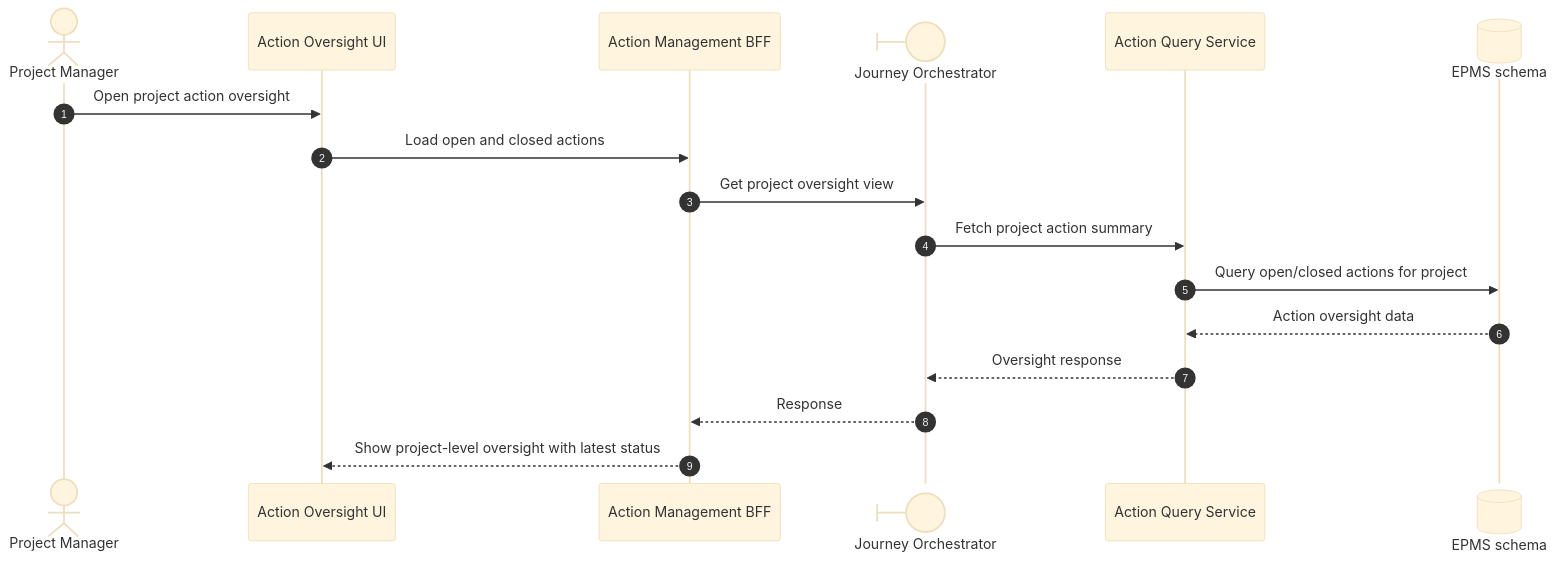
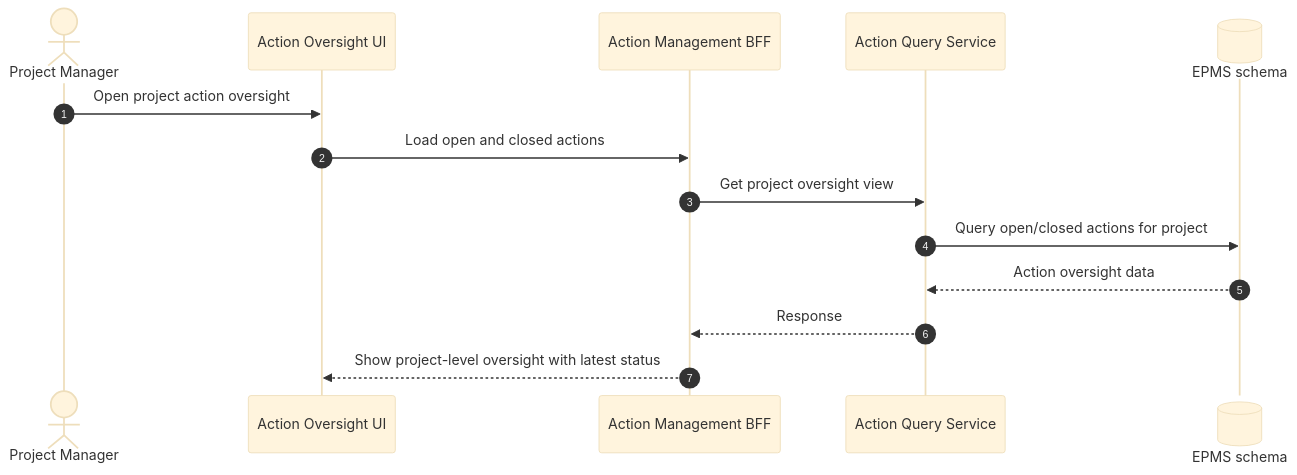
One commit to sougata2000/epms changed the diagram in 02 Solution Architecture/diagrams/Execution/View Project Level Action Oversight.mmd. Above: the diagram before and after it, drawn with Mermaid. The commit also changed 41 other files, not shown here.

```diff
--- a/02 Solution Architecture/diagrams/Execution/View Project Level Action Oversight.mmd
+++ b/02 Solution Architecture/diagrams/Execution/View Project Level Action Oversight.mmd
@@ -1,25 +1,24 @@
 ---
 config:
   sequence: {}
   theme: base
 ---
 %%{init: {'flowchart': {'compactMode': true}}}%%
 sequenceDiagram
 autonumber
 actor PM as Project Manager
 
 participant UI as Action Oversight UI
 participant BFF as Action Management BFF
-participant ORCH@{ "type":"boundary", "alias":"Journey Orchestrator"}
+%%participant ORCH@{ "type":"boundary", "alias":"Journey Orchestrator"}
 participant QUERY as Action Query Service
 participant READDB@{ "type": "database", "alias": "EPMS schema"}
 
 PM->>UI: Open project action oversight
 UI->>BFF: Load open and closed actions
-BFF->>ORCH: Get project oversight view
-ORCH->>QUERY: Fetch project action summary
+BFF->>QUERY: Get project oversight view
+%%ORCH->>QUERY: Fetch project action summary
 QUERY->>READDB: Query open/closed actions for project
 READDB-->>QUERY: Action oversight data
-QUERY-->>ORCH: Oversight response
-ORCH-->>BFF: Response
+QUERY-->>BFF: Response
 BFF-->>UI: Show project-level oversight with latest status
```
